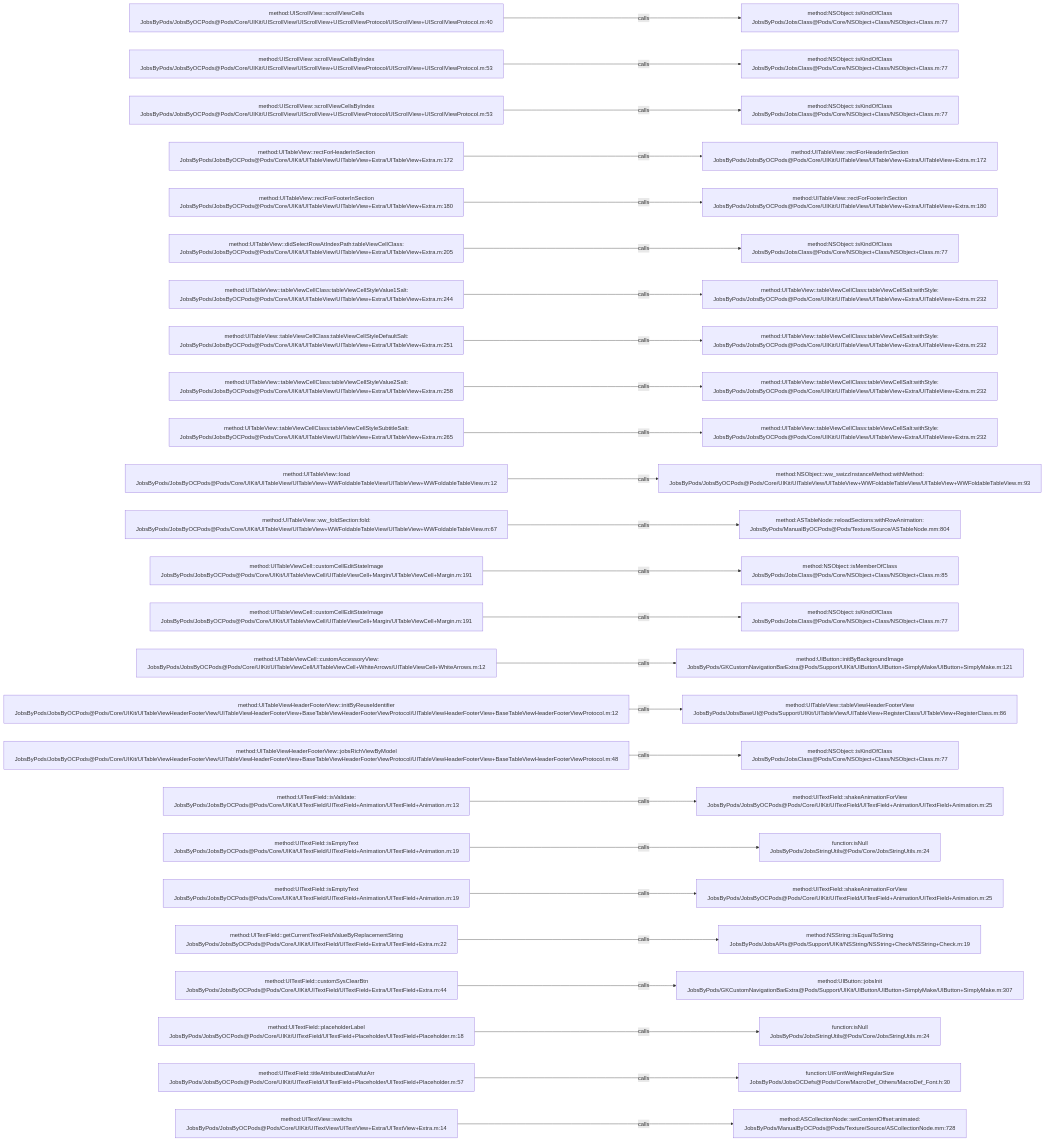
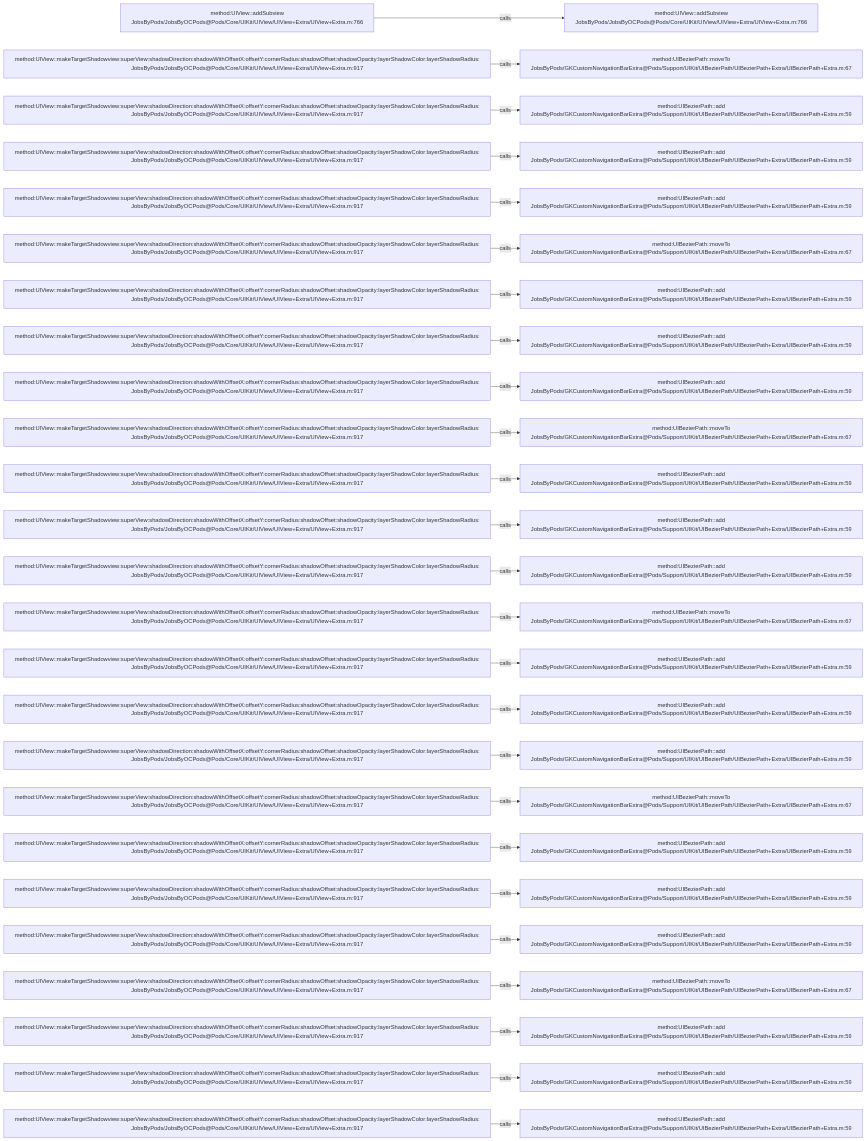
One commit to JobsKits/JobsOCBaseConfigDemo changed the diagram in .codegraph/codegraph.md/graphs/calls-063.md. Above: the diagram before and after it, drawn with Mermaid. The commit also changed 639 other files, not shown here.

````diff
--- a/.codegraph/codegraph.md/graphs/calls-063.md
+++ b/.codegraph/codegraph.md/graphs/calls-063.md
@@ -13,78 +13,78 @@
 ```mermaid
 flowchart LR
-  S1["method:UIScrollView::scrollViewCells<br/>JobsByPods/JobsByOCPods@Pods/Core/UIKit/UIScrollView/UIScrollView+UIScrollViewProtocol/UIScrollView+UIScrollViewProtocol.m:40"]
-  T1["method:NSObject::isKindOfClass<br/>JobsByPods/JobsClass@Pods/Core/NSObject+Class/NSObject+Class.m:77"]
+  S1["method:UIView::addSubview<br/>JobsByPods/JobsByOCPods@Pods/Core/UIKit/UIView/UIView+Extra/UIView+Extra.m:766"]
+  T1["method:UIView::addSubview<br/>JobsByPods/JobsByOCPods@Pods/Core/UIKit/UIView/UIView+Extra/UIView+Extra.m:766"]
   S1 -->|calls| T1
-  S2["method:UIScrollView::scrollViewCellsByIndex<br/>JobsByPods/JobsByOCPods@Pods/Core/UIKit/UIScrollView/UIScrollView+UIScrollViewProtocol/UIScrollView+UIScrollViewProtocol.m:53"]
-  T2["method:NSObject::isKindOfClass<br/>JobsByPods/JobsClass@Pods/Core/NSObject+Class/NSObject+Class.m:77"]
+  S2["method:UIView::makeTargetShadowview:superView:shadowDirection:shadowWithOffsetX:offsetY:cornerRadius:shadowOffset:shadowOpacity:layerShadowColor:layerShadowRadius:<br/>JobsByPods/JobsByOCPods@Pods/Core/UIKit/UIView/UIView+Extra/UIView+Extra.m:917"]
+  T2["method:UIBezierPath::moveTo<br/>JobsByPods/GKCustomNavigationBarExtra@Pods/Support/UIKit/UIBezierPath/UIBezierPath+Extra/UIBezierPath+Extra.m:67"]
   S2 -->|calls| T2
-  S3["method:UIScrollView::scrollViewCellsByIndex<br/>JobsByPods/JobsByOCPods@Pods/Core/UIKit/UIScrollView/UIScrollView+UIScrollViewProtocol/UIScrollView+UIScrollViewProtocol.m:53"]
-  T3["method:NSObject::isKindOfClass<br/>JobsByPods/JobsClass@Pods/Core/NSObject+Class/NSObject+Class.m:77"]
+  S3["method:UIView::makeTargetShadowview:superView:shadowDirection:shadowWithOffsetX:offsetY:cornerRadius:shadowOffset:shadowOpacity:layerShadowColor:layerShadowRadius:<br/>JobsByPods/JobsByOCPods@Pods/Core/UIKit/UIView/UIView+Extra/UIView+Extra.m:917"]
+  T3["method:UIBezierPath::add<br/>JobsByPods/GKCustomNavigationBarExtra@Pods/Support/UIKit/UIBezierPath/UIBezierPath+Extra/UIBezierPath+Extra.m:59"]
   S3 -->|calls| T3
-  S4["method:UITableView::rectForHeaderInSection<br/>JobsByPods/JobsByOCPods@Pods/Core/UIKit/UITableView/UITableView+Extra/UITableView+Extra.m:172"]
-  T4["method:UITableView::rectForHeaderInSection<br/>JobsByPods/JobsByOCPods@Pods/Core/UIKit/UITableView/UITableView+Extra/UITableView+Extra.m:172"]
+  S4["method:UIView::makeTargetShadowview:superView:shadowDirection:shadowWithOffsetX:offsetY:cornerRadius:shadowOffset:shadowOpacity:layerShadowColor:layerShadowRadius:<br/>JobsByPods/JobsByOCPods@Pods/Core/UIKit/UIView/UIView+Extra/UIView+Extra.m:917"]
+  T4["method:UIBezierPath::add<br/>JobsByPods/GKCustomNavigationBarExtra@Pods/Support/UIKit/UIBezierPath/UIBezierPath+Extra/UIBezierPath+Extra.m:59"]
   S4 -->|calls| T4
-  S5["method:UITableView::rectForFooterInSection<br/>JobsByPods/JobsByOCPods@Pods/Core/UIKit/UITableView/UITableView+Extra/UITableView+Extra.m:180"]
-  T5["method:UITableView::rectForFooterInSection<br/>JobsByPods/JobsByOCPods@Pods/Core/UIKit/UITableView/UITableView+Extra/UITableView+Extra.m:180"]
+  S5["method:UIView::makeTargetShadowview:superView:shadowDirection:shadowWithOffsetX:offsetY:cornerRadius:shadowOffset:shadowOpacity:layerShadowColor:layerShadowRadius:<br/>JobsByPods/JobsByOCPods@Pods/Core/UIKit/UIView/UIView+Extra/UIView+Extra.m:917"]
+  T5["method:UIBezierPath::add<br/>JobsByPods/GKCustomNavigationBarExtra@Pods/Support/UIKit/UIBezierPath/UIBezierPath+Extra/UIBezierPath+Extra.m:59"]
   S5 -->|calls| T5
-  S6["method:UITableView::didSelectRowAtIndexPath:tableViewCellClass:<br/>JobsByPods/JobsByOCPods@Pods/Core/UIKit/UITableView/UITableView+Extra/UITableView+Extra.m:205"]
-  T6["method:NSObject::isKindOfClass<br/>JobsByPods/JobsClass@Pods/Core/NSObject+Class/NSObject+Class.m:77"]
+  S6["method:UIView::makeTargetShadowview:superView:shadowDirection:shadowWithOffsetX:offsetY:cornerRadius:shadowOffset:shadowOpacity:layerShadowColor:layerShadowRadius:<br/>JobsByPods/JobsByOCPods@Pods/Core/UIKit/UIView/UIView+Extra/UIView+Extra.m:917"]
+  T6["method:UIBezierPath::moveTo<br/>JobsByPods/GKCustomNavigationBarExtra@Pods/Support/UIKit/UIBezierPath/UIBezierPath+Extra/UIBezierPath+Extra.m:67"]
   S6 -->|calls| T6
-  S7["method:UITableView::tableViewCellClass:tableViewCellStyleValue1Salt:<br/>JobsByPods/JobsByOCPods@Pods/Core/UIKit/UITableView/UITableView+Extra/UITableView+Extra.m:244"]
-  T7["method:UITableView::tableViewCellClass:tableViewCellSalt:withStyle:<br/>JobsByPods/JobsByOCPods@Pods/Core/UIKit/UITableView/UITableView+Extra/UITableView+Extra.m:232"]
+  S7["method:UIView::makeTargetShadowview:superView:shadowDirection:shadowWithOffsetX:offsetY:cornerRadius:shadowOffset:shadowOpacity:layerShadowColor:layerShadowRadius:<br/>JobsByPods/JobsByOCPods@Pods/Core/UIKit/UIView/UIView+Extra/UIView+Extra.m:917"]
+  T7["method:UIBezierPath::add<br/>JobsByPods/GKCustomNavigationBarExtra@Pods/Support/UIKit/UIBezierPath/UIBezierPath+Extra/UIBezierPath+Extra.m:59"]
   S7 -->|calls| T7
-  S8["method:UITableView::tableViewCellClass:tableViewCellStyleDefaultSalt:<br/>JobsByPods/JobsByOCPods@Pods/Core/UIKit/UITableView/UITableView+Extra/UITableView+Extra.m:251"]
-  T8["method:UITableView::tableViewCellClass:tableViewCellSalt:withStyle:<br/>JobsByPods/JobsByOCPods@Pods/Core/UIKit/UITableView/UITableView+Extra/UITableView+Extra.m:232"]
+  S8["method:UIView::makeTargetShadowview:superView:shadowDirection:shadowWithOffsetX:offsetY:cornerRadius:shadowOffset:shadowOpacity:layerShadowColor:layerShadowRadius:<br/>JobsByPods/JobsByOCPods@Pods/Core/UIKit/UIView/UIView+Extra/UIView+Extra.m:917"]
+  T8["method:UIBezierPath::add<br/>JobsByPods/GKCustomNavigationBarExtra@Pods/Support/UIKit/UIBezierPath/UIBezierPath+Extra/UIBezierPath+Extra.m:59"]
   S8 -->|calls| T8
-  S9["method:UITableView::tableViewCellClass:tableViewCellStyleValue2Salt:<br/>JobsByPods/JobsByOCPods@Pods/Core/UIKit/UITableView/UITableView+Extra/UITableView+Extra.m:258"]
-  T9["method:UITableView::tableViewCellClass:tableViewCellSalt:withStyle:<br/>JobsByPods/JobsByOCPods@Pods/Core/UIKit/UITableView/UITableView+Extra/UITableView+Extra.m:232"]
+  S9["method:UIView::makeTargetShadowview:superView:shadowDirection:shadowWithOffsetX:offsetY:cornerRadius:shadowOffset:shadowOpacity:layerShadowColor:layerShadowRadius:<br/>JobsByPods/JobsByOCPods@Pods/Core/UIKit/UIView/UIView+Extra/UIView+Extra.m:917"]
+  T9["method:UIBezierPath::add<br/>JobsByPods/GKCustomNavigationBarExtra@Pods/Support/UIKit/UIBezierPath/UIBezierPath+Extra/UIBezierPath+Extra.m:59"]
   S9 -->|calls| T9
-  S10["method:UITableView::tableViewCellClass:tableViewCellStyleSubtitleSalt:<br/>JobsByPods/JobsByOCPods@Pods/Core/UIKit/UITableView/UITableView+Extra/UITableView+Extra.m:265"]
-  T10["method:UITableView::tableViewCellClass:tableViewCellSalt:withStyle:<br/>JobsByPods/JobsByOCPods@Pods/Core/UIKit/UITableView/UITableView+Extra/UITableView+Extra.m:232"]
+  S10["method:UIView::makeTargetShadowview:superView:shadowDirection:shadowWithOffsetX:offsetY:cornerRadius:shadowOffset:shadowOpacity:layerShadowColor:layerShadowRadius:<br/>JobsByPods/JobsByOCPods@Pods/Core/UIKit/UIView/UIView+Extra/UIView+Extra.m:917"]
+  T10["method:UIBezierPath::moveTo<br/>JobsByPods/GKCustomNavigationBarExtra@Pods/Support/UIKit/UIBezierPath/UIBezierPath+Extra/UIBezierPath+Extra.m:67"]
   S10 -->|calls| T10
-  S11["method:UITableView::load<br/>JobsByPods/JobsByOCPods@Pods/Core/UIKit/UITableView/UITableView+WWFoldableTableView/UITableView+WWFoldableTableView.m:12"]
-  T11["method:NSObject::ww_swizzInstanceMethod:withMethod:<br/>JobsByPods/JobsByOCPods@Pods/Core/UIKit/UITableView/UITableView+WWFoldableTableView/UITableView+WWFoldableTableView.m:93"]
+  S11["method:UIView::makeTargetShadowview:superView:shadowDirection:shadowWithOffsetX:offsetY:cornerRadius:shadowOffset:shadowOpacity:layerShadowColor:layerShadowRadius:<br/>JobsByPods/JobsByOCPods@Pods/Core/UIKit/UIView/UIView+Extra/UIView+Extra.m:917"]
+  T11["method:UIBezierPath::add<br/>JobsByPods/GKCustomNavigationBarExtra@Pods/Support/UIKit/UIBezierPath/UIBezierPath+Extra/UIBezierPath+Extra.m:59"]
   S11 -->|calls| T11
-  S12["method:UITableView::ww_foldSection:fold:<br/>JobsByPods/JobsByOCPods@Pods/Core/UIKit/UITableView/UITableView+WWFoldableTableView/UITableView+WWFoldableTableView.m:67"]
-  T12["method:ASTableNode::reloadSections:withRowAnimation:<br/>JobsByPods/ManualByOCPods@Pods/Texture/Source/ASTableNode.mm:804"]
+  S12["method:UIView::makeTargetShadowview:superView:shadowDirection:shadowWithOffsetX:offsetY:cornerRadius:shadowOffset:shadowOpacity:layerShadowColor:layerShadowRadius:<br/>JobsByPods/JobsByOCPods@Pods/Core/UIKit/UIView/UIView+Extra/UIView+Extra.m:917"]
+  T12["method:UIBezierPath::add<br/>JobsByPods/GKCustomNavigationBarExtra@Pods/Support/UIKit/UIBezierPath/UIBezierPath+Extra/UIBezierPath+Extra.m:59"]
   S12 -->|calls| T12
-  S13["method:UITableViewCell::customCellEditStateImage<br/>JobsByPods/JobsByOCPods@Pods/Core/UIKit/UITableViewCell/UITableViewCell+Margin/UITableViewCell+Margin.m:191"]
-  T13["method:NSObject::isMemberOfClass<br/>JobsByPods/JobsClass@Pods/Core/NSObject+Class/NSObject+Class.m:85"]
+  S13["method:UIView::makeTargetShadowview:superView:shadowDirection:shadowWithOffsetX:offsetY:cornerRadius:shadowOffset:shadowOpacity:layerShadowColor:layerShadowRadius:<br/>JobsByPods/JobsByOCPods@Pods/Core/UIKit/UIView/UIView+Extra/UIView+Extra.m:917"]
+  T13["method:UIBezierPath::add<br/>JobsByPods/GKCustomNavigationBarExtra@Pods/Support/UIKit/UIBezierPath/UIBezierPath+Extra/UIBezierPath+Extra.m:59"]
   S13 -->|calls| T13
-  S14["method:UITableViewCell::customCellEditStateImage<br/>JobsByPods/JobsByOCPods@Pods/Core/UIKit/UITableViewCell/UITableViewCell+Margin/UITableViewCell+Margin.m:191"]
-  T14["method:NSObject::isKindOfClass<br/>JobsByPods/JobsClass@Pods/Core/NSObject+Class/NSObject+Class.m:77"]
+  S14["method:UIView::makeTargetShadowview:superView:shadowDirection:shadowWithOffsetX:offsetY:cornerRadius:shadowOffset:shadowOpacity:layerShadowColor:layerShadowRadius:<br/>JobsByPods/JobsByOCPods@Pods/Core/UIKit/UIView/UIView+Extra/UIView+Extra.m:917"]
+  T14["method:UIBezierPath::moveTo<br/>JobsByPods/GKCustomNavigationBarExtra@Pods/Support/UIKit/UIBezierPath/UIBezierPath+Extra/UIBezierPath+Extra.m:67"]
   S14 -->|calls| T14
-  S15["method:UITableViewCell::customAccessoryView:<br/>JobsByPods/JobsByOCPods@Pods/Core/UIKit/UITableViewCell/UITableViewCell+WhiteArrows/UITableViewCell+WhiteArrows.m:12"]
-  T15["method:UIButton::initByBackgroundImage<br/>JobsByPods/GKCustomNavigationBarExtra@Pods/Support/UIKit/UIButton/UIButton+SimplyMake/UIButton+SimplyMake.m:121"]
+  S15["method:UIView::makeTargetShadowview:superView:shadowDirection:shadowWithOffsetX:offsetY:cornerRadius:shadowOffset:shadowOpacity:layerShadowColor:layerShadowRadius:<br/>JobsByPods/JobsByOCPods@Pods/Core/UIKit/UIView/UIView+Extra/UIView+Extra.m:917"]
+  T15["method:UIBezierPath::add<br/>JobsByPods/GKCustomNavigationBarExtra@Pods/Support/UIKit/UIBezierPath/UIBezierPath+Extra/UIBezierPath+Extra.m:59"]
   S15 -->|calls| T15
-  S16["method:UITableViewHeaderFooterView::initByReuseIdentifier<br/>JobsByPods/JobsByOCPods@Pods/Core/UIKit/UITableViewHeaderFooterView/UITableViewHeaderFooterView+BaseTableViewHeaderFooterViewProtocol/UITableViewHeaderFooterView+BaseTableViewHeaderFooterViewProtocol.m:12"]
-  T16["method:UITableView::tableViewHeaderFooterView<br/>JobsByPods/JobsBaseUI@Pods/Support/UIKit/UITableView/UITableView+RegisterClass/UITableView+RegisterClass.m:86"]
+  S16["method:UIView::makeTargetShadowview:superView:shadowDirection:shadowWithOffsetX:offsetY:cornerRadius:shadowOffset:shadowOpacity:layerShadowColor:layerShadowRadius:<br/>JobsByPods/JobsByOCPods@Pods/Core/UIKit/UIView/UIView+Extra/UIView+Extra.m:917"]
+  T16["method:UIBezierPath::add<br/>JobsByPods/GKCustomNavigationBarExtra@Pods/Support/UIKit/UIBezierPath/UIBezierPath+Extra/UIBezierPath+Extra.m:59"]
   S16 -->|calls| T16
-  S17["method:UITableViewHeaderFooterView::jobsRichViewByModel<br/>JobsByPods/JobsByOCPods@Pods/Core/UIKit/UITableViewHeaderFooterView/UITableViewHeaderFooterView+BaseTableViewHeaderFooterViewProtocol/UITableViewHeaderFooterView+BaseTableViewHeaderFooterViewProtocol.m:48"]
-  T17["method:NSObject::isKindOfClass<br/>JobsByPods/JobsClass@Pods/Core/NSObject+Class/NSObject+Class.m:77"]
+  S17["method:UIView::makeTargetShadowview:superView:shadowDirection:shadowWithOffsetX:offsetY:cornerRadius:shadowOffset:shadowOpacity:layerShadowColor:layerShadowRadius:<br/>JobsByPods/JobsByOCPods@Pods/Core/UIKit/UIView/UIView+Extra/UIView+Extra.m:917"]
+  T17["method:UIBezierPath::add<br/>JobsByPods/GKCustomNavigationBarExtra@Pods/Support/UIKit/UIBezierPath/UIBezierPath+Extra/UIBezierPath+Extra.m:59"]
   S17 -->|calls| T17
-  S18["method:UITextField::isValidate:<br/>JobsByPods/JobsByOCPods@Pods/Core/UIKit/UITextField/UITextField+Animation/UITextField+Animation.m:13"]
-  T18["method:UITextField::shakeAnimationForView<br/>JobsByPods/JobsByOCPods@Pods/Core/UIKit/UITextField/UITextField+Animation/UITextField+Animation.m:25"]
+  S18["method:UIView::makeTargetShadowview:superView:shadowDirection:shadowWithOffsetX:offsetY:cornerRadius:shadowOffset:shadowOpacity:layerShadowColor:layerShadowRadius:<br/>JobsByPods/JobsByOCPods@Pods/Core/UIKit/UIView/UIView+Extra/UIView+Extra.m:917"]
+  T18["method:UIBezierPath::moveTo<br/>JobsByPods/GKCustomNavigationBarExtra@Pods/Support/UIKit/UIBezierPath/UIBezierPath+Extra/UIBezierPath+Extra.m:67"]
   S18 -->|calls| T18
-  S19["method:UITextField::isEmptyText<br/>JobsByPods/JobsByOCPods@Pods/Core/UIKit/UITextField/UITextField+Animation/UITextField+Animation.m:19"]
-  T19["function:isNull<br/>JobsByPods/JobsStringUtils@Pods/Core/JobsStringUtils.m:24"]
+  S19["method:UIView::makeTargetShadowview:superView:shadowDirection:shadowWithOffsetX:offsetY:cornerRadius:shadowOffset:shadowOpacity:layerShadowColor:layerShadowRadius:<br/>JobsByPods/JobsByOCPods@Pods/Core/UIKit/UIView/UIView+Extra/UIView+Extra.m:917"]
+  T19["method:UIBezierPath::add<br/>JobsByPods/GKCustomNavigationBarExtra@Pods/Support/UIKit/UIBezierPath/UIBezierPath+Extra/UIBezierPath+Extra.m:59"]
   S19 -->|calls| T19
-  S20["method:UITextField::isEmptyText<br/>JobsByPods/JobsByOCPods@Pods/Core/UIKit/UITextField/UITextField+Animation/UITextField+Animation.m:19"]
-  T20["method:UITextField::shakeAnimationForView<br/>JobsByPods/JobsByOCPods@Pods/Core/UIKit/UITextField/UITextField+Animation/UITextField+Animation.m:25"]
+  S20["method:UIView::makeTargetShadowview:superView:shadowDirection:shadowWithOffsetX:offsetY:cornerRadius:shadowOffset:shadowOpacity:layerShadowColor:layerShadowRadius:<br/>JobsByPods/JobsByOCPods@Pods/Core/UIKit/UIView/UIView+Extra/UIView+Extra.m:917"]
+  T20["method:UIBezierPath::add<br/>JobsByPods/GKCustomNavigationBarExtra@Pods/Support/UIKit/UIBezierPath/UIBezierPath+Extra/UIBezierPath+Extra.m:59"]
   S20 -->|calls| T20
-  S21["method:UITextField::getCurrentTextFieldValueByReplacementString<br/>JobsByPods/JobsByOCPods@Pods/Core/UIKit/UITextField/UITextField+Extra/UITextField+Extra.m:22"]
-  T21["method:NSString::isEqualToString<br/>JobsByPods/JobsAPIs@Pods/Support/UIKit/NSString/NSString+Check/NSString+Check.m:19"]
+  S21["method:UIView::makeTargetShadowview:superView:shadowDirection:shadowWithOffsetX:offsetY:cornerRadius:shadowOffset:shadowOpacity:layerShadowColor:layerShadowRadius:<br/>JobsByPods/JobsByOCPods@Pods/Core/UIKit/UIView/UIView+Extra/UIView+Extra.m:917"]
+  T21["method:UIBezierPath::add<br/>JobsByPods/GKCustomNavigationBarExtra@Pods/Support/UIKit/UIBezierPath/UIBezierPath+Extra/UIBezierPath+Extra.m:59"]
   S21 -->|calls| T21
-  S22["method:UITextField::customSysClearBtn<br/>JobsByPods/JobsByOCPods@Pods/Core/UIKit/UITextField/UITextField+Extra/UITextField+Extra.m:44"]
-  T22["method:UIButton::jobsInit<br/>JobsByPods/GKCustomNavigationBarExtra@Pods/Support/UIKit/UIButton/UIButton+SimplyMake/UIButton+SimplyMake.m:307"]
+  S22["method:UIView::makeTargetShadowview:superView:shadowDirection:shadowWithOffsetX:offsetY:cornerRadius:shadowOffset:shadowOpacity:layerShadowColor:layerShadowRadius:<br/>JobsByPods/JobsByOCPods@Pods/Core/UIKit/UIView/UIView+Extra/UIView+Extra.m:917"]
+  T22["method:UIBezierPath::moveTo<br/>JobsByPods/GKCustomNavigationBarExtra@Pods/Support/UIKit/UIBezierPath/UIBezierPath+Extra/UIBezierPath+Extra.m:67"]
   S22 -->|calls| T22
-  S23["method:UITextField::placeholderLabel<br/>JobsByPods/JobsByOCPods@Pods/Core/UIKit/UITextField/UITextField+Placeholder/UITextField+Placeholder.m:18"]
-  T23["function:isNull<br/>JobsByPods/JobsStringUtils@Pods/Core/JobsStringUtils.m:24"]
+  S23["method:UIView::makeTargetShadowview:superView:shadowDirection:shadowWithOffsetX:offsetY:cornerRadius:shadowOffset:shadowOpacity:layerShadowColor:layerShadowRadius:<br/>JobsByPods/JobsByOCPods@Pods/Core/UIKit/UIView/UIView+Extra/UIView+Extra.m:917"]
+  T23["method:UIBezierPath::add<br/>JobsByPods/GKCustomNavigationBarExtra@Pods/Support/UIKit/UIBezierPath/UIBezierPath+Extra/UIBezierPath+Extra.m:59"]
   S23 -->|calls| T23
-  S24["method:UITextField::titleAttributedDataMutArr<br/>JobsByPods/JobsByOCPods@Pods/Core/UIKit/UITextField/UITextField+Placeholder/UITextField+Placeholder.m:57"]
-  T24["function:UIFontWeightRegularSize<br/>JobsByPods/JobsOCDefs@Pods/Core/MacroDef_Others/MacroDef_Font.h:30"]
+  S24["method:UIView::makeTargetShadowview:superView:shadowDirection:shadowWithOffsetX:offsetY:cornerRadius:shadowOffset:shadowOpacity:layerShadowColor:layerShadowRadius:<br/>JobsByPods/JobsByOCPods@Pods/Core/UIKit/UIView/UIView+Extra/UIView+Extra.m:917"]
+  T24["method:UIBezierPath::add<br/>JobsByPods/GKCustomNavigationBarExtra@Pods/Support/UIKit/UIBezierPath/UIBezierPath+Extra/UIBezierPath+Extra.m:59"]
   S24 -->|calls| T24
-  S25["method:UITextView::switchs<br/>JobsByPods/JobsByOCPods@Pods/Core/UIKit/UITextView/UITextView+Extra/UITextView+Extra.m:14"]
-  T25["method:ASCollectionNode::setContentOffset:animated:<br/>JobsByPods/ManualByOCPods@Pods/Texture/Source/ASCollectionNode.mm:728"]
+  S25["method:UIView::makeTargetShadowview:superView:shadowDirection:shadowWithOffsetX:offsetY:cornerRadius:shadowOffset:shadowOpacity:layerShadowColor:layerShadowRadius:<br/>JobsByPods/JobsByOCPods@Pods/Core/UIKit/UIView/UIView+Extra/UIView+Extra.m:917"]
+  T25["method:UIBezierPath::add<br/>JobsByPods/GKCustomNavigationBarExtra@Pods/Support/UIKit/UIBezierPath/UIBezierPath+Extra/UIBezierPath+Extra.m:59"]
   S25 -->|calls| T25
 ```
````
